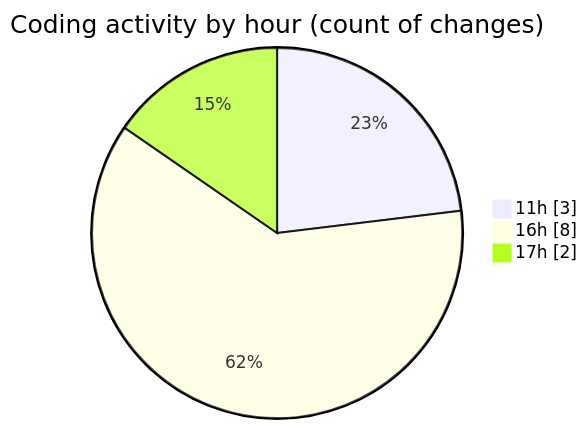
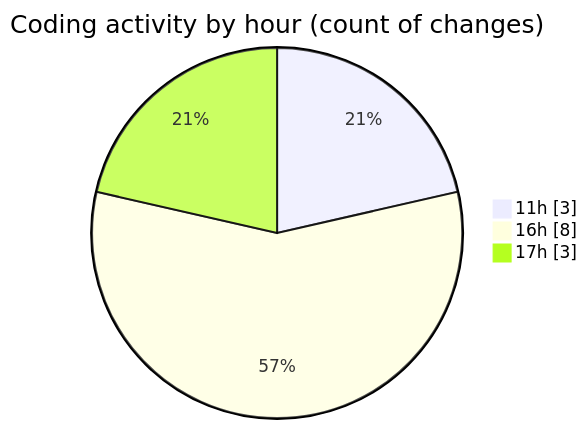
Before and after one commit to vahidmafi/code-tracking: the second of 2 diagrams in 2025-12-10/www/README.md, drawn with Mermaid. The commit also changed other lines of this file and 1 other file, not shown here.

````diff
--- a/2025-12-10/www/README.md
+++ b/2025-12-10/www/README.md
@@ -28,7 +28,7 @@
 ```mermaid
 pie showData
 title Coding activity by hour (count of changes)
 "11h" : 3
 "16h" : 8
-"17h" : 2
+"17h" : 3
 ```
````
